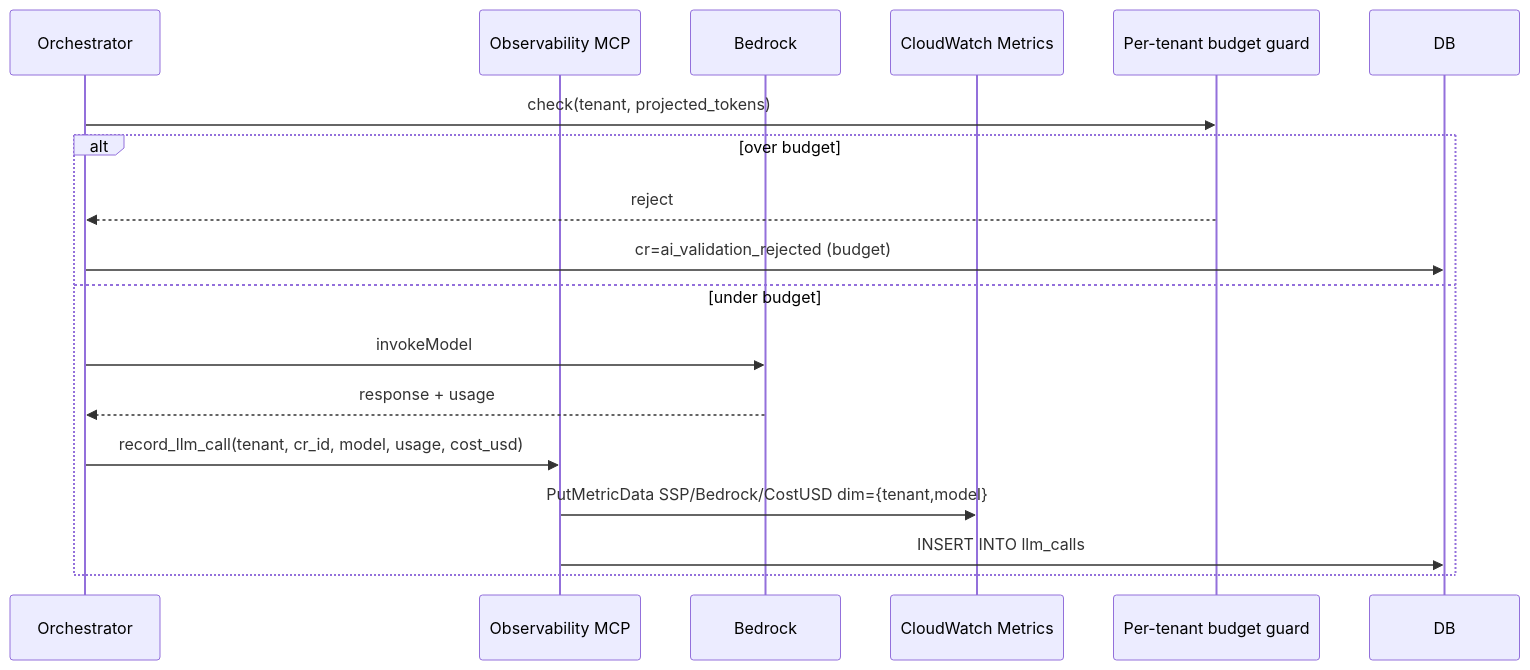
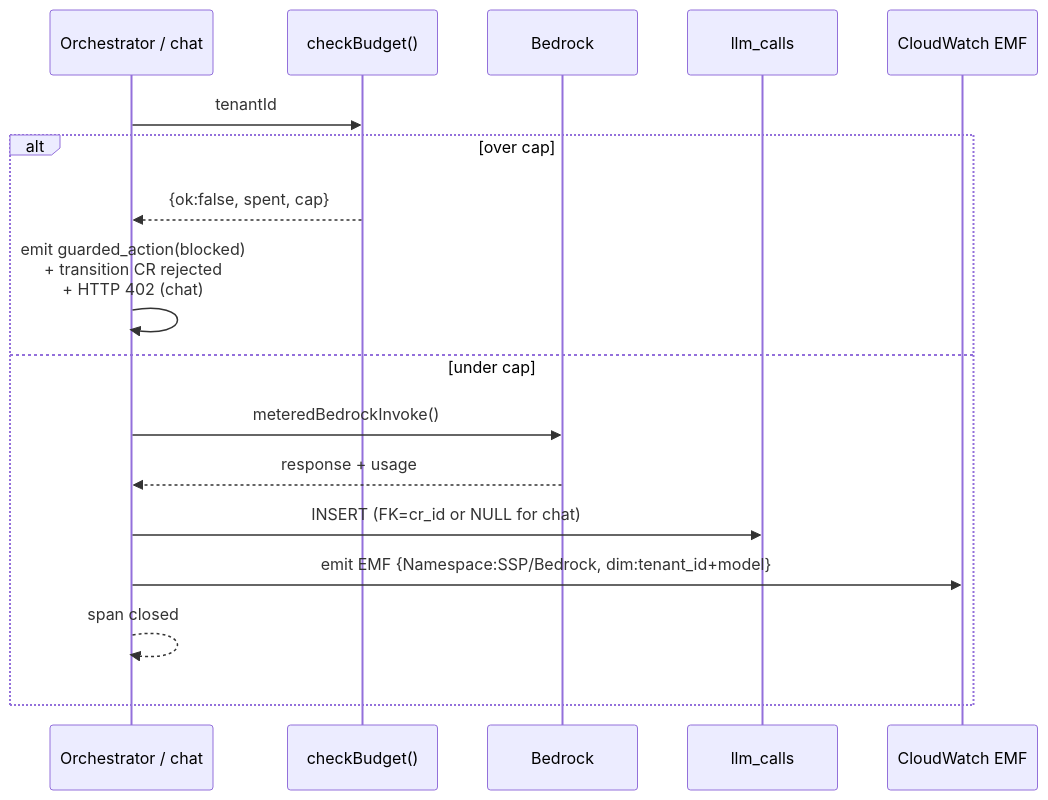
The first of 2 diagrams in docs/deliverable1-02-observability-and-cost.md (nguyenhoangnam123/alice-ssp), drawn with Mermaid before and after one commit. The commit also changed other lines of this file and 3 other files, not shown here.

First line of the commit message:
docs: reflect chat + budget guardrail + MCP wiring all landed in Ring 1

````diff
--- a/docs/deliverable1-02-observability-and-cost.md
+++ b/docs/deliverable1-02-observability-and-cost.md
@@ -106,19 +125,19 @@
 ```mermaid
 sequenceDiagram
-  participant Orch as Orchestrator
-  participant MCP as Observability MCP
+  participant Caller as Orchestrator / chat
+  participant Guard as checkBudget()
   participant Bed as Bedrock
-  participant CW as CloudWatch Metrics
-  participant Guard as Per-tenant budget guard
-  Orch->>Guard: check(tenant, projected_tokens)
-  alt over budget
-    Guard-->>Orch: reject
-    Orch->>DB: cr=ai_validation_rejected (budget)
-  else under budget
-    Orch->>Bed: invokeModel
-    Bed-->>Orch: response + usage
-    Orch->>MCP: record_llm_call(tenant, cr_id, model, usage, cost_usd)
-    MCP->>CW: PutMetricData SSP/Bedrock/CostUSD dim={tenant,model}
-    MCP->>DB: INSERT INTO llm_calls
+  participant DB as llm_calls
+  participant CW as CloudWatch EMF
+  Caller->>Guard: tenantId
+  alt over cap
+    Guard-->>Caller: {ok:false, spent, cap}
+    Caller->>Caller: emit guarded_action(blocked)<br/>+ transition CR rejected<br/>+ HTTP 402 (chat)
+  else under cap
+    Caller->>Bed: meteredBedrockInvoke()
+    Bed-->>Caller: response + usage
+    Caller->>DB: INSERT (FK=cr_id or NULL for chat)
+    Caller->>CW: emit EMF {Namespace:SSP/Bedrock, dim:tenant_id+model}
+    Caller-->>Caller: span closed
   end
 ```
````
